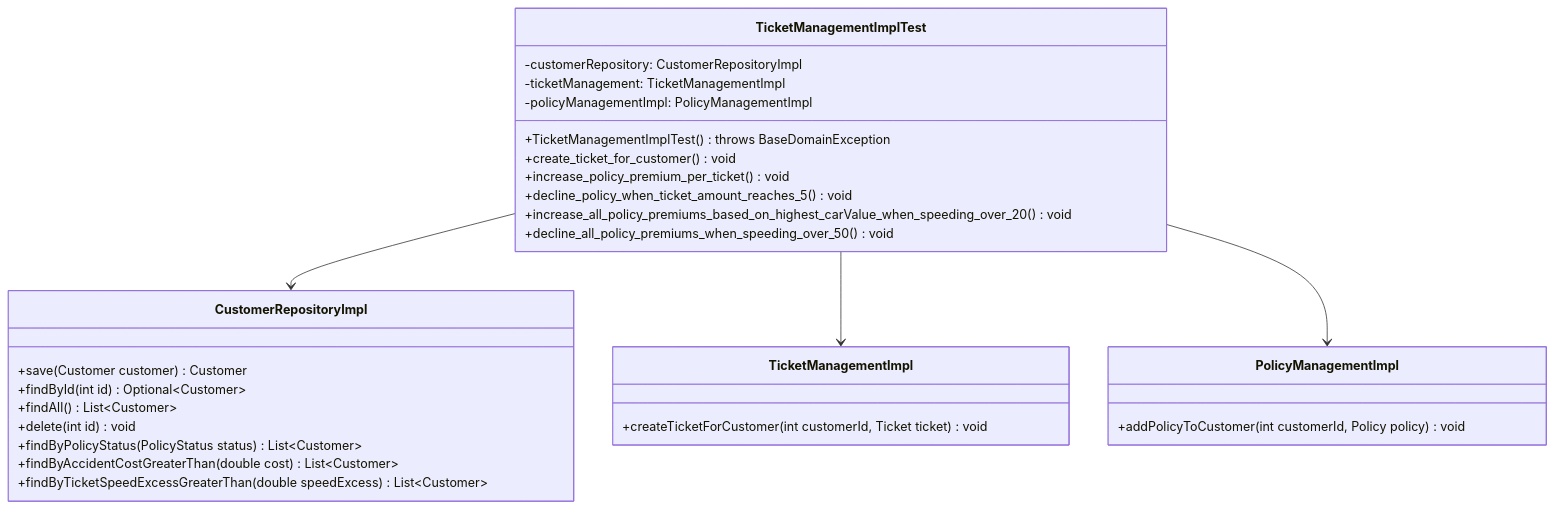
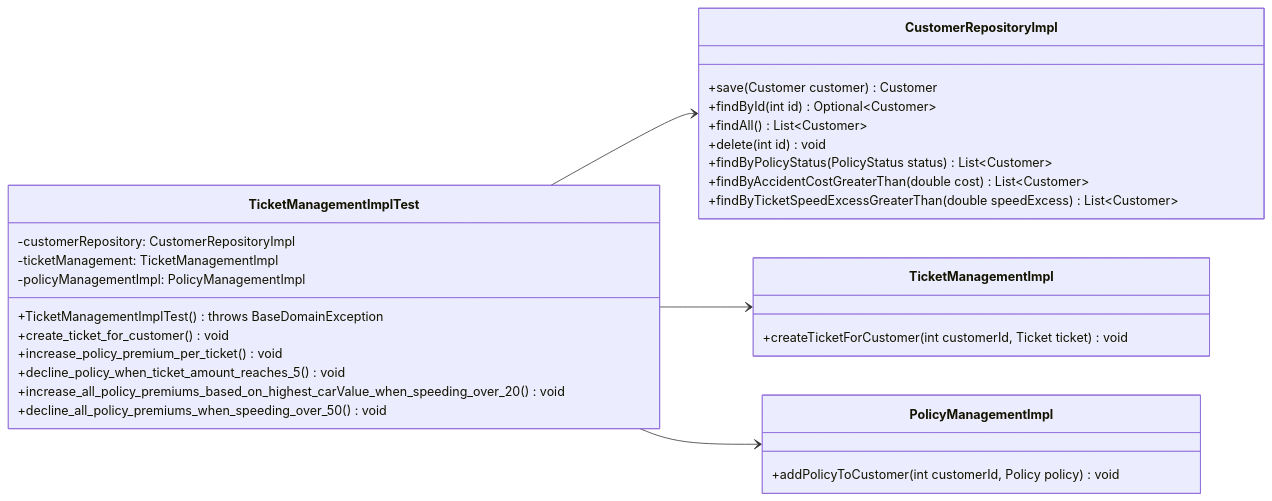
Diagram 16 of 30 in Programmentwurf.md (SirSimon04/clean-car-insurance), drawn with Mermaid before and after one commit. The commit also changed other lines of this file and 5 other files, not shown here.

````diff
--- a/Programmentwurf.md
+++ b/Programmentwurf.md
@@ -611,36 +582,37 @@
 ```mermaid
 classDiagram
+direction LR
     class TicketManagementImplTest {
         -customerRepository: CustomerRepositoryImpl
         -ticketManagement: TicketManagementImpl
         -policyManagementImpl: PolicyManagementImpl
         +TicketManagementImplTest() throws BaseDomainException
         +create_ticket_for_customer() void
         +increase_policy_premium_per_ticket() void
         +decline_policy_when_ticket_amount_reaches_5() void
         +increase_all_policy_premiums_based_on_highest_carValue_when_speeding_over_20() void
         +decline_all_policy_premiums_when_speeding_over_50() void
     }
 
     class CustomerRepositoryImpl {
         +save(Customer customer) Customer
         +findById(int id) Optional~Customer~
         +findAll() List~Customer~
         +delete(int id) void
         +findByPolicyStatus(PolicyStatus status) List~Customer~
         +findByAccidentCostGreaterThan(double cost) List~Customer~
         +findByTicketSpeedExcessGreaterThan(double speedExcess) List~Customer~
     }
 
     class TicketManagementImpl {
         +createTicketForCustomer(int customerId, Ticket ticket) void
     }
 
     class PolicyManagementImpl {
         +addPolicyToCustomer(int customerId, Policy policy) void
     }
 
     TicketManagementImplTest --> CustomerRepositoryImpl
     TicketManagementImplTest --> TicketManagementImpl
     TicketManagementImplTest --> PolicyManagementImpl
 ```
````
